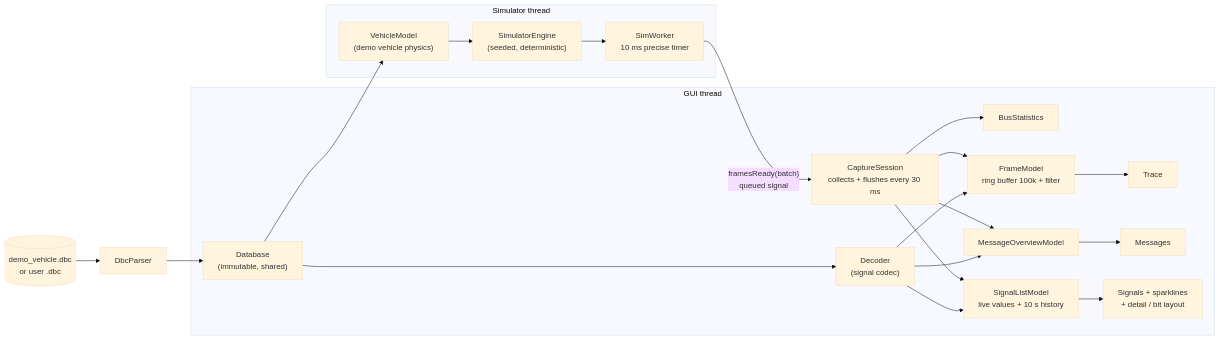
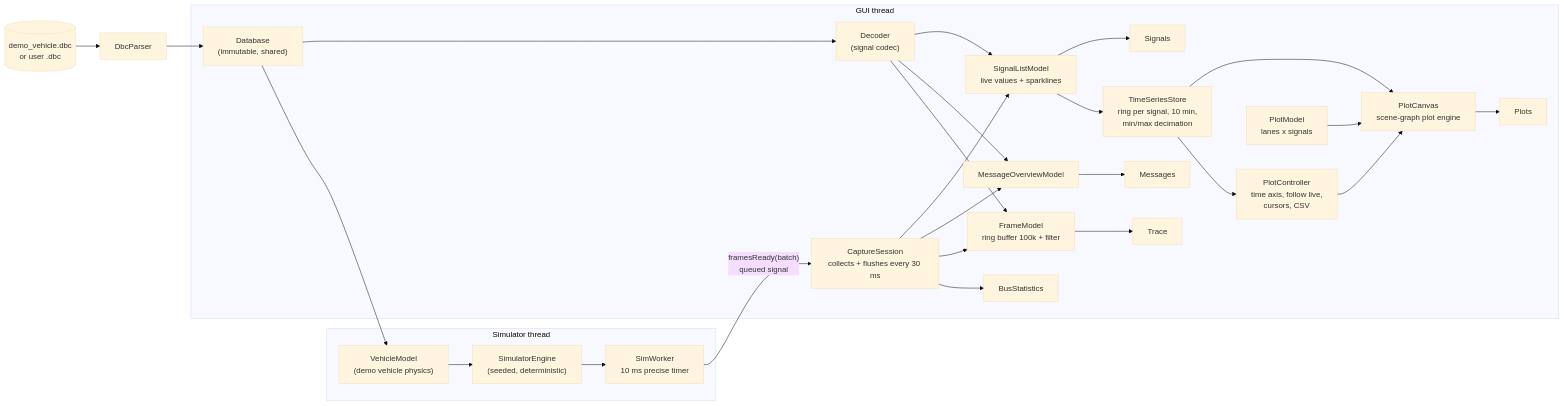
Before and after one commit to AhmedAlaaEl-Din/can_signal_analyzer: the diagram in README.md, drawn with Mermaid (base theme). The commit also changed other lines of this file and 4 other files, not shown here.

First line of the commit message:
Docs: phase 3 README (plots, architecture, performance), phase3-explained, decisions, progress summary

````diff
--- a/README.md
+++ b/README.md
@@ -88,24 +113,30 @@
 ```mermaid
 flowchart LR
     subgraph worker["Simulator thread"]
         E["SimulatorEngine<br/>(seeded, deterministic)"] --> W["SimWorker<br/>10 ms precise timer"]
         VM["VehicleModel<br/>(demo vehicle physics)"] --> E
     end
     DBC[("demo_vehicle.dbc<br/>or user .dbc")] --> P["DbcParser"] --> DB["Database<br/>(immutable, shared)"]
     DB --> VM
     W -- "framesReady(batch)<br/>queued signal" --> S
     subgraph gui["GUI thread"]
         S["CaptureSession<br/>collects + flushes every 30 ms"]
         S --> ST["BusStatistics"]
         S --> FM["FrameModel<br/>ring buffer 100k + filter"]
         S --> MO["MessageOverviewModel"]
-        S --> SL["SignalListModel<br/>live values + 10 s history"]
+        S --> SL["SignalListModel<br/>live values + sparklines"]
         DB --> D["Decoder<br/>(signal codec)"]
         D --> FM
         D --> MO
         D --> SL
+        SL --> TS["TimeSeriesStore<br/>ring per signal, 10 min,<br/>min/max decimation"]
+        TS --> PC["PlotController<br/>time axis, follow live,<br/>cursors, CSV"]
+        TS --> PE["PlotCanvas<br/>scene-graph plot engine"]
+        PM["PlotModel<br/>lanes x signals"] --> PE
+        PC --> PE
         FM --> QT["Trace"]
         MO --> QM["Messages"]
-        SL --> QS["Signals + sparklines<br/>+ detail / bit layout"]
+        SL --> QS["Signals"]
+        PE --> QP["Plots"]
     end
 ```
````
